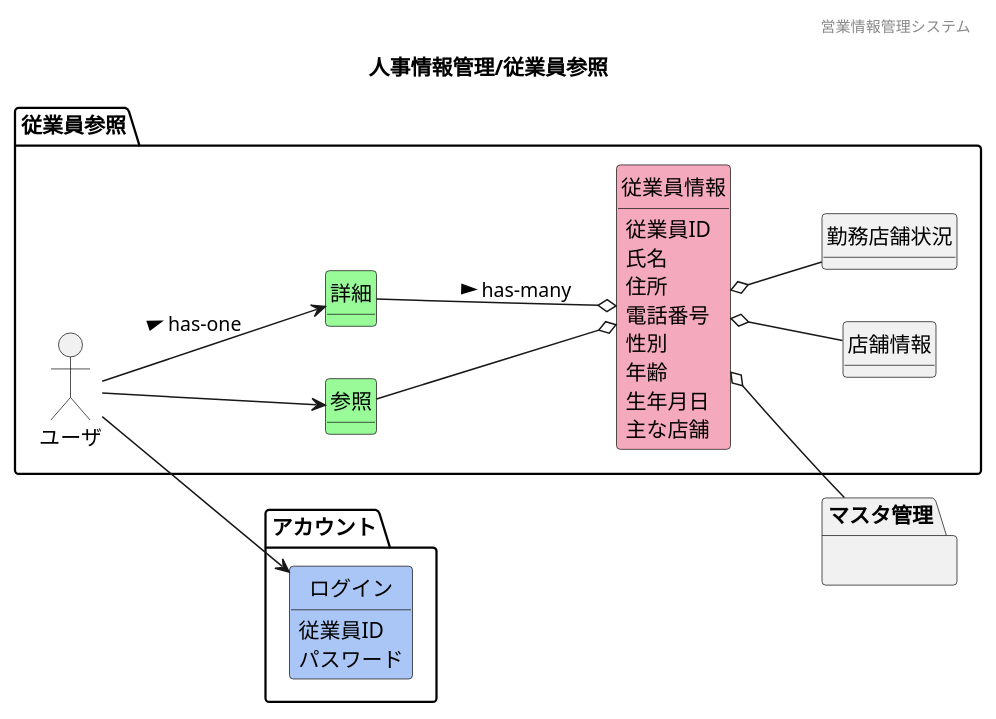
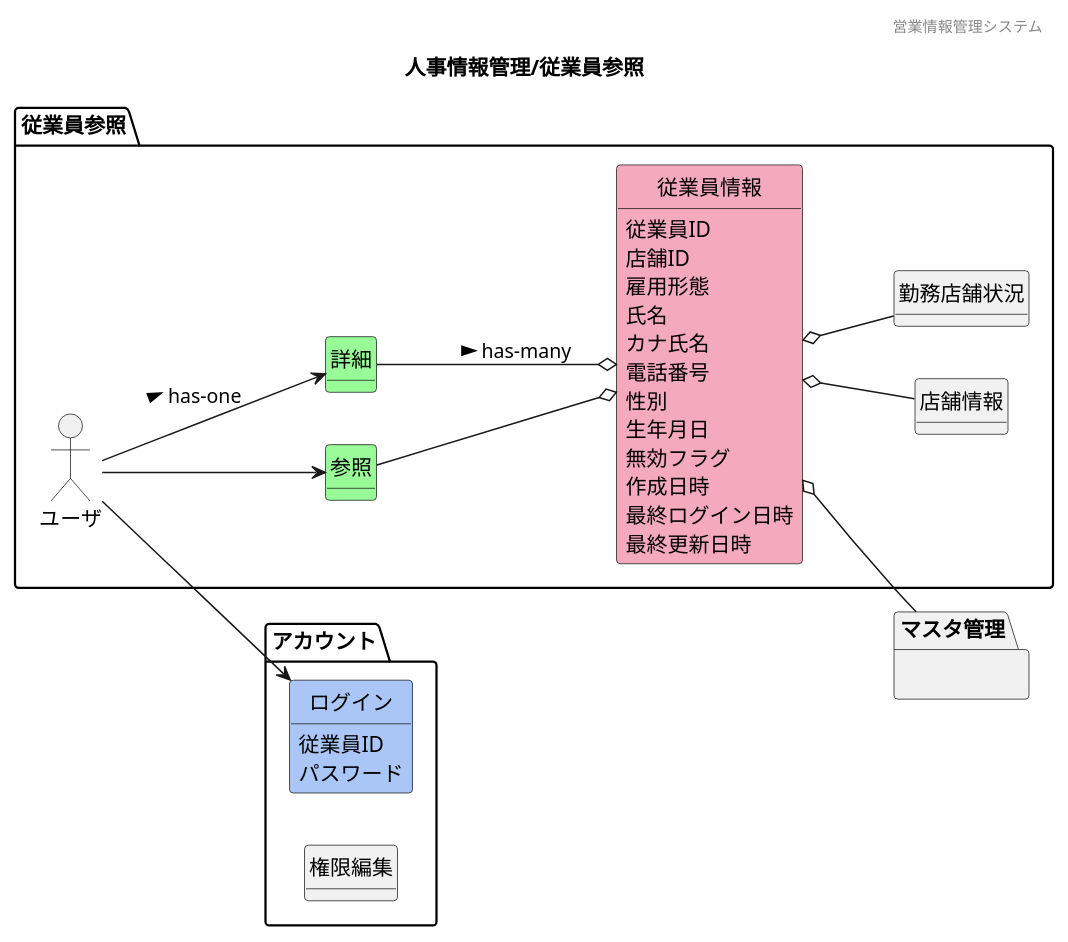
The diagram in 各種設計書/1ドメインモデル図/人事情報管理/F12従業員参照.plantuml (HaruShim/Sotuken), drawn with PlantUML before and after one commit. The commit also changed 13 other files, not shown here.

```diff
--- a/各種設計書/1ドメインモデル図/人事情報管理/F12従業員参照.plantuml
+++ b/各種設計書/1ドメインモデル図/人事情報管理/F12従業員参照.plantuml
@@ -1,63 +1,68 @@
 @startuml images/人事情報管理/従業員参照
 ' ヘッダー
 header 営業情報管理システム
 ' タイトル
 title 人事情報管理/従業員参照
 ' 
 hide circle
 ' 
 hide method
 left to right direction
 
 package "アカウント"{
     class "ログイン" #A9C6F6
+    class "権限編集"
 }
 
 package "従業員参照" {
     'ユーザや外部システム
     mix_actor "ユーザ"
     class "参照" #98fb98
     class "詳細" #98fb98
     class "従業員情報" #F5A9BC
     class "店舗情報"
     class "勤務店舗状況"
 }
     package "マスタ管理"{
     }
     ' class "" #F5A9BC
     ' class "" #ffd700
 
     'モデル同士の関係
     ユーザ --> 参照
     ユーザ --> 詳細: > has-one
     ユーザ --> ログイン
     参照 --o 従業員情報
     詳細 --o 従業員情報 : > has-many
     従業員情報 o-- 勤務店舗状況
     従業員情報 o-- マスタ管理
     従業員情報 o-- 店舗情報
 
     'ドメインクラスの属性
     従業員情報 : 従業員ID
+    従業員情報 : 店舗ID
+    従業員情報 : 雇用形態
     従業員情報 : 氏名
-    従業員情報 : 住所
+    従業員情報 : カナ氏名
     従業員情報 : 電話番号
     従業員情報 : 性別
-    従業員情報 : 年齢
     従業員情報 : 生年月日
-    従業員情報 : 主な店舗
+    従業員情報 : 無効フラグ
+    従業員情報 : 作成日時
+    従業員情報 : 最終ログイン日時
+    従業員情報 : 最終更新日時
     ' 店舗情報 : 店舗名
     ' 店舗情報 : 住所
     ' 店舗情報 : 連絡先
     ' 店舗情報 : 店長
     ' 店舗情報 : 主な従業員
     ' 勤務店舗状況 : 店舗名
     ' 勤務店舗状況 : 従業員数
     ' 勤務店舗状況 : 責任者
     ログイン : 従業員ID
     ログイン : パスワード
 
 
 
 
 @enduml
```
